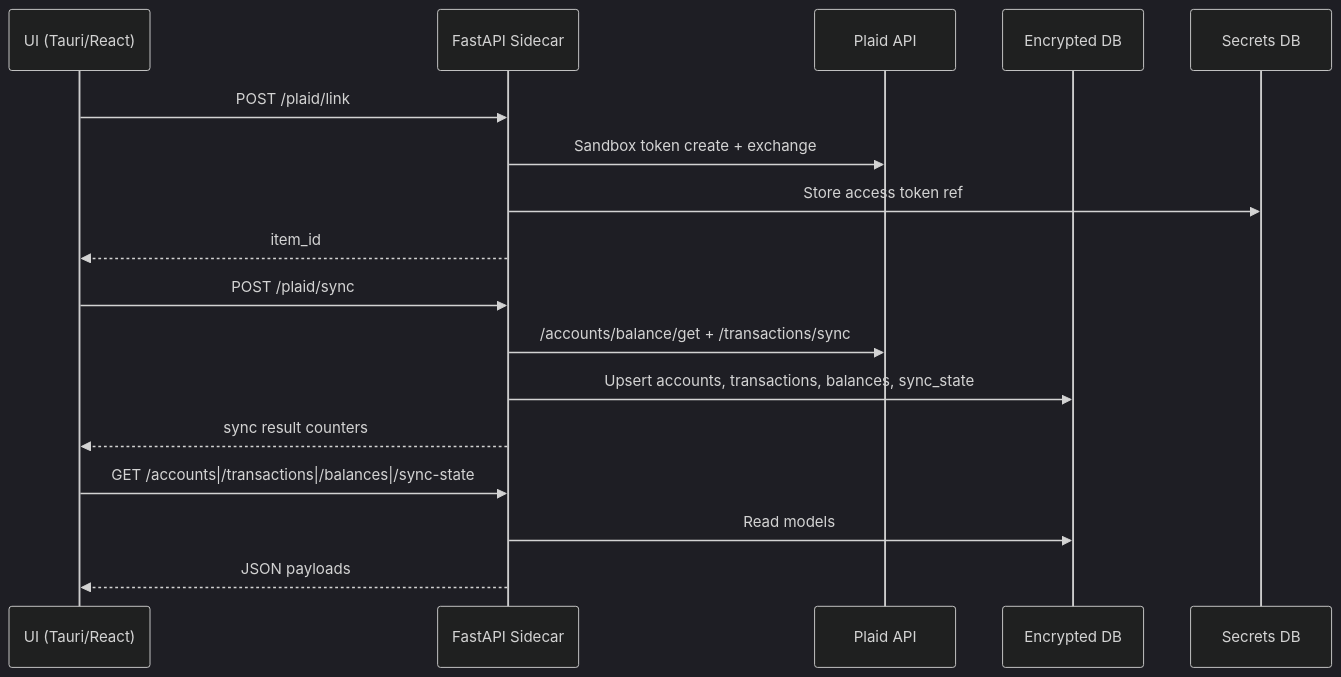
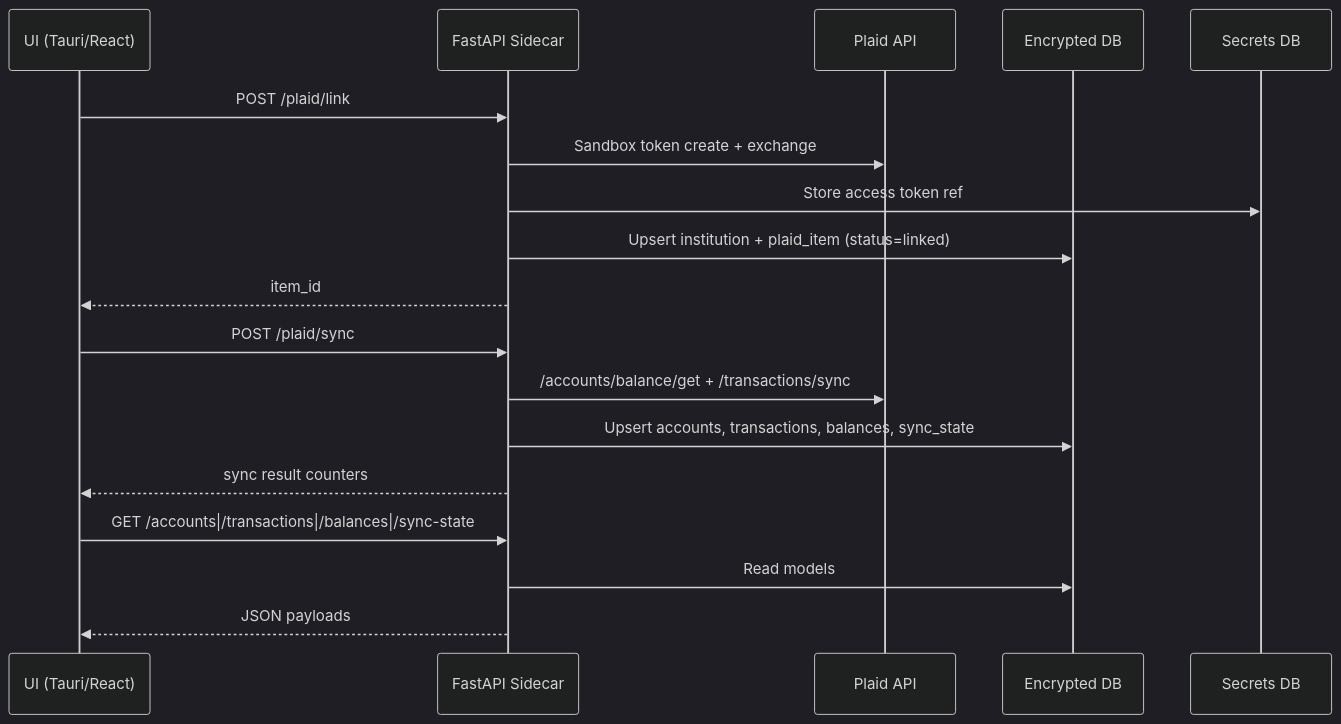
One commit to baquerrj/godzilla changed the diagram in docs/design/api-layer-ui-integration.md. Above: the diagram before and after it, drawn with Mermaid (dark theme). The commit also changed other lines of this file and 3 other files, not shown here.

Commit message:
fix(api): persist linked plaid items for sync state

````diff
--- a/docs/design/api-layer-ui-integration.md
+++ b/docs/design/api-layer-ui-integration.md
@@ -11,22 +11,23 @@
 ```mermaid
 sequenceDiagram
   participant UI as UI (Tauri/React)
   participant API as FastAPI Sidecar
   participant PLAID as Plaid API
   participant DB as Encrypted DB
   participant SEC as Secrets DB
 
   UI->>API: POST /plaid/link
   API->>PLAID: Sandbox token create + exchange
   API->>SEC: Store access token ref
+  API->>DB: Upsert institution + plaid_item (status=linked)
   API-->>UI: item_id
 
   UI->>API: POST /plaid/sync
   API->>PLAID: /accounts/balance/get + /transactions/sync
   API->>DB: Upsert accounts, transactions, balances, sync_state
   API-->>UI: sync result counters
 
   UI->>API: GET /accounts|/transactions|/balances|/sync-state
   API->>DB: Read models
   API-->>UI: JSON payloads
 ```
````
